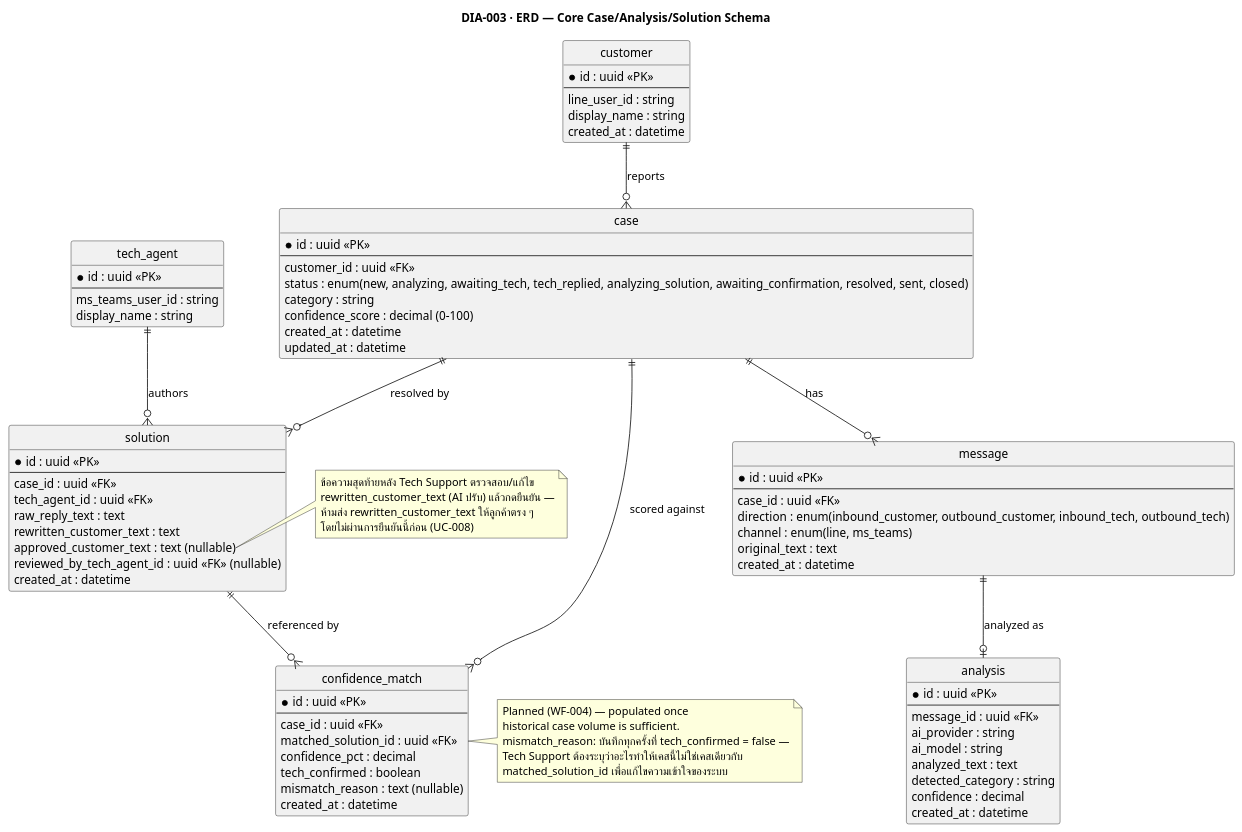
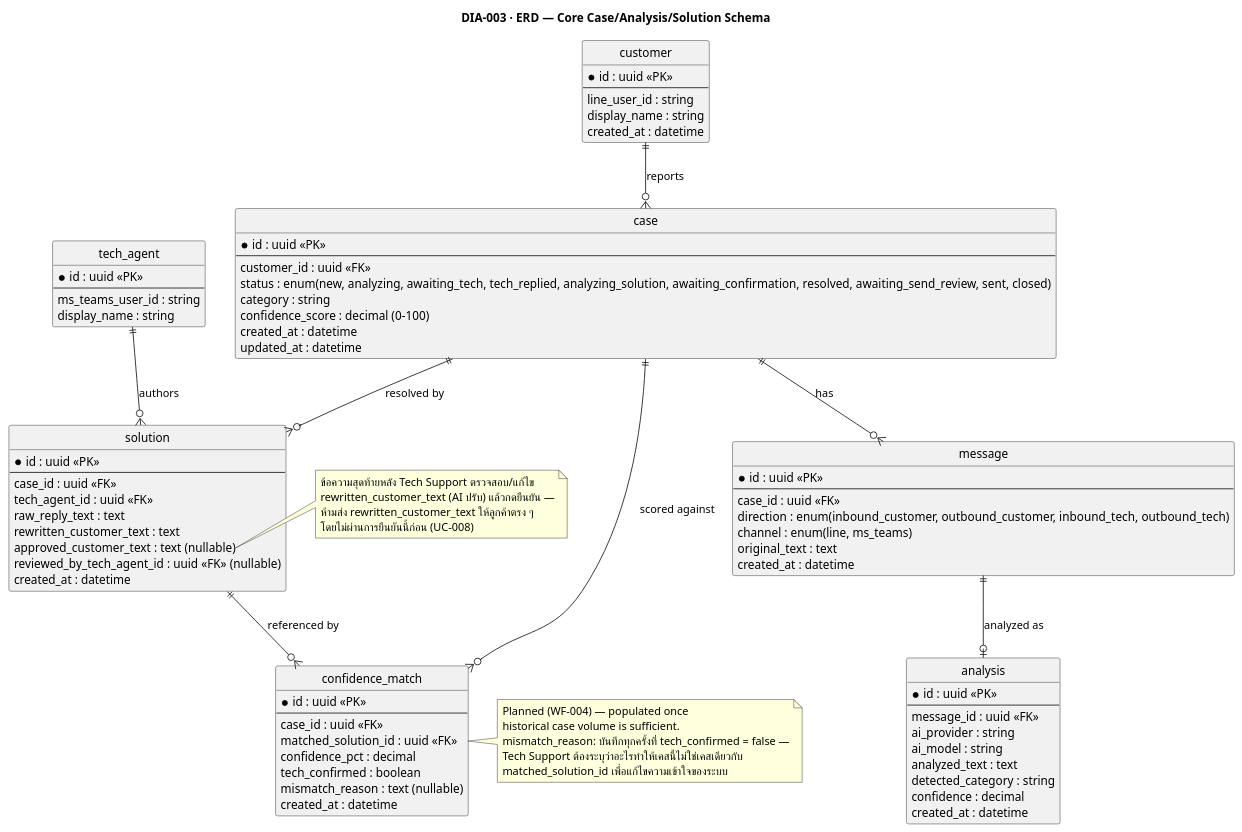
Before and after one commit to develyst1/the-off-ml-project-requirement: the diagram in diagrams/03-erd.puml, drawn with PlantUML. The commit also changed 1 other file, not shown here.

Commit message:
Fix case-status enum gap left by the send-review checkpoint
DIA-004 gained an AwaitingSendReview state in the last commit, but the
case.status enum in the ERD (both diagrams/03-erd.puml and its embedded
copy in requirement.html) was never updated to match — add
awaiting_send_review to the enum, tighten TC-005 to assert API-009
rejects sends without an approved_customer_text, and add UC-008 to
DIA-004's use-case chain.

```diff
--- a/diagrams/03-erd.puml
+++ b/diagrams/03-erd.puml
@@ -1,98 +1,98 @@
 @startuml 03-erd
 title DIA-003 · ERD — Core Case/Analysis/Solution Schema
 skinparam shadowing false
 hide circle
 
 entity "customer" as customer {
   * id : uuid <<PK>>
   --
   line_user_id : string
   display_name : string
   created_at : datetime
 }
 
 entity "case" as case_ {
   * id : uuid <<PK>>
   --
   customer_id : uuid <<FK>>
-  status : enum(new, analyzing, awaiting_tech, tech_replied, analyzing_solution, awaiting_confirmation, resolved, sent, closed)
+  status : enum(new, analyzing, awaiting_tech, tech_replied, analyzing_solution, awaiting_confirmation, resolved, awaiting_send_review, sent, closed)
   category : string
   confidence_score : decimal (0-100)
   created_at : datetime
   updated_at : datetime
 }
 
 entity "message" as message {
   * id : uuid <<PK>>
   --
   case_id : uuid <<FK>>
   direction : enum(inbound_customer, outbound_customer, inbound_tech, outbound_tech)
   channel : enum(line, ms_teams)
   original_text : text
   created_at : datetime
 }
 
 entity "analysis" as analysis {
   * id : uuid <<PK>>
   --
   message_id : uuid <<FK>>
   ai_provider : string
   ai_model : string
   analyzed_text : text
   detected_category : string
   confidence : decimal
   created_at : datetime
 }
 
 entity "solution" as solution {
   * id : uuid <<PK>>
   --
   case_id : uuid <<FK>>
   tech_agent_id : uuid <<FK>>
   raw_reply_text : text
   rewritten_customer_text : text
   approved_customer_text : text (nullable)
   reviewed_by_tech_agent_id : uuid <<FK>> (nullable)
   created_at : datetime
 }
 note right of solution::approved_customer_text
   ข้อความสุดท้ายหลัง Tech Support ตรวจสอบ/แก้ไข
   rewritten_customer_text (AI ปรับ) แล้วกดยืนยัน —
   ห้ามส่ง rewritten_customer_text ให้ลูกค้าตรง ๆ
   โดยไม่ผ่านการยืนยันนี้ก่อน (UC-008)
 end note
 
 entity "tech_agent" as tech_agent {
   * id : uuid <<PK>>
   --
   ms_teams_user_id : string
   display_name : string
 }
 
 entity "confidence_match" as confidence_match {
   * id : uuid <<PK>>
   --
   case_id : uuid <<FK>>
   matched_solution_id : uuid <<FK>>
   confidence_pct : decimal
   tech_confirmed : boolean
   mismatch_reason : text (nullable)
   created_at : datetime
 }
 note right of confidence_match
   Planned (WF-004) — populated once
   historical case volume is sufficient.
   mismatch_reason: บันทึกทุกครั้งที่ tech_confirmed = false —
   Tech Support ต้องระบุว่าอะไรทำให้เคสนี้ไม่ใช่เคสเดียวกับ
   matched_solution_id เพื่อแก้ไขความเข้าใจของระบบ
 end note
 
 customer ||--o{ case_ : "reports"
 case_ ||--o{ message : "has"
 message ||--o| analysis : "analyzed as"
 case_ ||--o{ solution : "resolved by"
 tech_agent ||--o{ solution : "authors"
 case_ ||--o{ confidence_match : "scored against"
 solution ||--o{ confidence_match : "referenced by"
 
 @enduml
```
